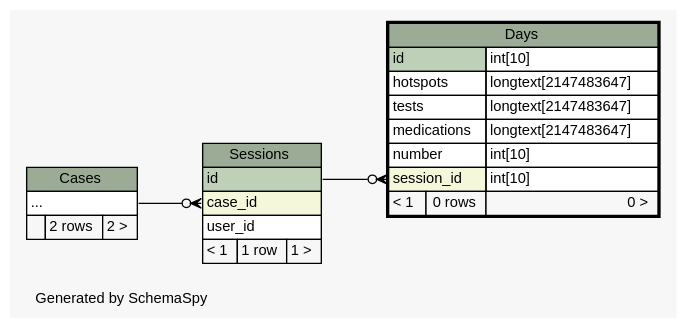
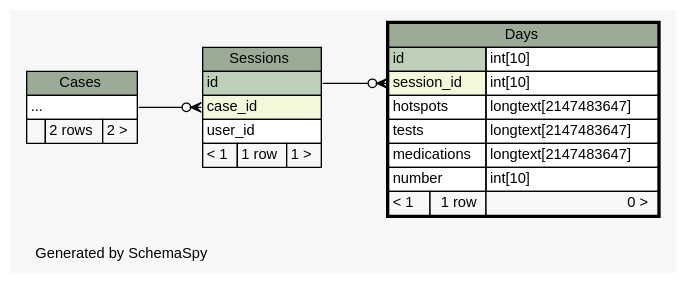
The diagram in web/files/schema/diagrams/Days.2degrees.dot (carrel2/CaseStudies), drawn with Graphviz before and after one commit. The commit also changed 40 other files, not shown here.

```diff
--- a/web/files/schema/diagrams/Days.2degrees.dot
+++ b/web/files/schema/diagrams/Days.2degrees.dot
@@ -1,61 +1,61 @@
 // dot 2.38.0 on Linux 4.4.0-59-generic
 // SchemaSpy rev 590
 digraph "twoDegreesRelationshipsDiagram" {
   graph [
     rankdir="RL"
     bgcolor="#f7f7f7"
     label="\nGenerated by SchemaSpy"
     labeljust="l"
     nodesep="0.18"
     ranksep="0.46"
     fontname="Helvetica"
     fontsize="11"
   ];
   node [
     fontname="Helvetica"
     fontsize="11"
     shape="plaintext"
   ];
   edge [
     arrowsize="0.8"
   ];
   "Days":"session_id":w -> "Sessions":"id":e [arrowhead=none dir=back arrowtail=crowodot];
   "Sessions":"case_id":w -> "Cases":"elipses":e [arrowhead=none dir=back arrowtail=crowodot];
   "Cases" [
     label=<
     <TABLE BORDER="0" CELLBORDER="1" CELLSPACING="0" BGCOLOR="#ffffff">
       <TR><TD COLSPAN="3" BGCOLOR="#9bab96" ALIGN="CENTER">Cases</TD></TR>
       <TR><TD PORT="elipses" COLSPAN="3" ALIGN="LEFT">...</TD></TR>
       <TR><TD ALIGN="LEFT" BGCOLOR="#f7f7f7">  </TD><TD ALIGN="RIGHT" BGCOLOR="#f7f7f7">2 rows</TD><TD ALIGN="RIGHT" BGCOLOR="#f7f7f7">2 &gt;</TD></TR>
     </TABLE>>
     URL="Cases.html"
     tooltip="Cases"
   ];
   "Days" [
     label=<
     <TABLE BORDER="2" CELLBORDER="1" CELLSPACING="0" BGCOLOR="#ffffff">
       <TR><TD COLSPAN="3" BGCOLOR="#9bab96" ALIGN="CENTER">Days</TD></TR>
       <TR><TD PORT="id" COLSPAN="2" BGCOLOR="#bed1b8" ALIGN="LEFT">id</TD><TD PORT="id.type" ALIGN="LEFT">int[10]</TD></TR>
+      <TR><TD PORT="session_id" COLSPAN="2" BGCOLOR="#f4f7da" ALIGN="LEFT">session_id</TD><TD PORT="session_id.type" ALIGN="LEFT">int[10]</TD></TR>
       <TR><TD PORT="hotspots" COLSPAN="2" ALIGN="LEFT">hotspots</TD><TD PORT="hotspots.type" ALIGN="LEFT">longtext[2147483647]</TD></TR>
       <TR><TD PORT="tests" COLSPAN="2" ALIGN="LEFT">tests</TD><TD PORT="tests.type" ALIGN="LEFT">longtext[2147483647]</TD></TR>
       <TR><TD PORT="medications" COLSPAN="2" ALIGN="LEFT">medications</TD><TD PORT="medications.type" ALIGN="LEFT">longtext[2147483647]</TD></TR>
       <TR><TD PORT="number" COLSPAN="2" ALIGN="LEFT">number</TD><TD PORT="number.type" ALIGN="LEFT">int[10]</TD></TR>
-      <TR><TD PORT="session_id" COLSPAN="2" BGCOLOR="#f4f7da" ALIGN="LEFT">session_id</TD><TD PORT="session_id.type" ALIGN="LEFT">int[10]</TD></TR>
-      <TR><TD ALIGN="LEFT" BGCOLOR="#f7f7f7">&lt; 1</TD><TD ALIGN="RIGHT" BGCOLOR="#f7f7f7">0 rows</TD><TD ALIGN="RIGHT" BGCOLOR="#f7f7f7">0 &gt;</TD></TR>
+      <TR><TD ALIGN="LEFT" BGCOLOR="#f7f7f7">&lt; 1</TD><TD ALIGN="RIGHT" BGCOLOR="#f7f7f7">1 row</TD><TD ALIGN="RIGHT" BGCOLOR="#f7f7f7">0 &gt;</TD></TR>
     </TABLE>>
     URL="Days.html"
     tooltip="Days"
   ];
   "Sessions" [
     label=<
     <TABLE BORDER="0" CELLBORDER="1" CELLSPACING="0" BGCOLOR="#ffffff">
       <TR><TD COLSPAN="3" BGCOLOR="#9bab96" ALIGN="CENTER">Sessions</TD></TR>
       <TR><TD PORT="id" COLSPAN="3" BGCOLOR="#bed1b8" ALIGN="LEFT">id</TD></TR>
       <TR><TD PORT="case_id" COLSPAN="3" BGCOLOR="#f4f7da" ALIGN="LEFT">case_id</TD></TR>
       <TR><TD PORT="user_id" COLSPAN="3" ALIGN="LEFT">user_id</TD></TR>
       <TR><TD ALIGN="LEFT" BGCOLOR="#f7f7f7">&lt; 1</TD><TD ALIGN="RIGHT" BGCOLOR="#f7f7f7">1 row</TD><TD ALIGN="RIGHT" BGCOLOR="#f7f7f7">1 &gt;</TD></TR>
     </TABLE>>
     URL="Sessions.html"
     tooltip="Sessions"
   ];
 }
```
